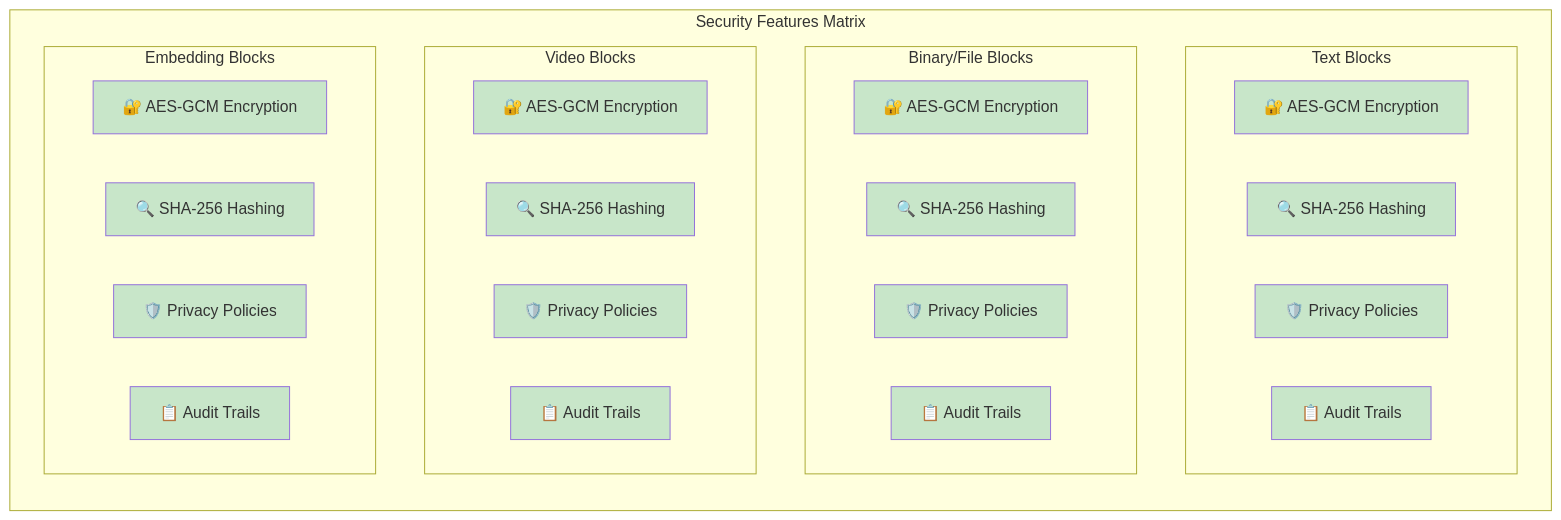
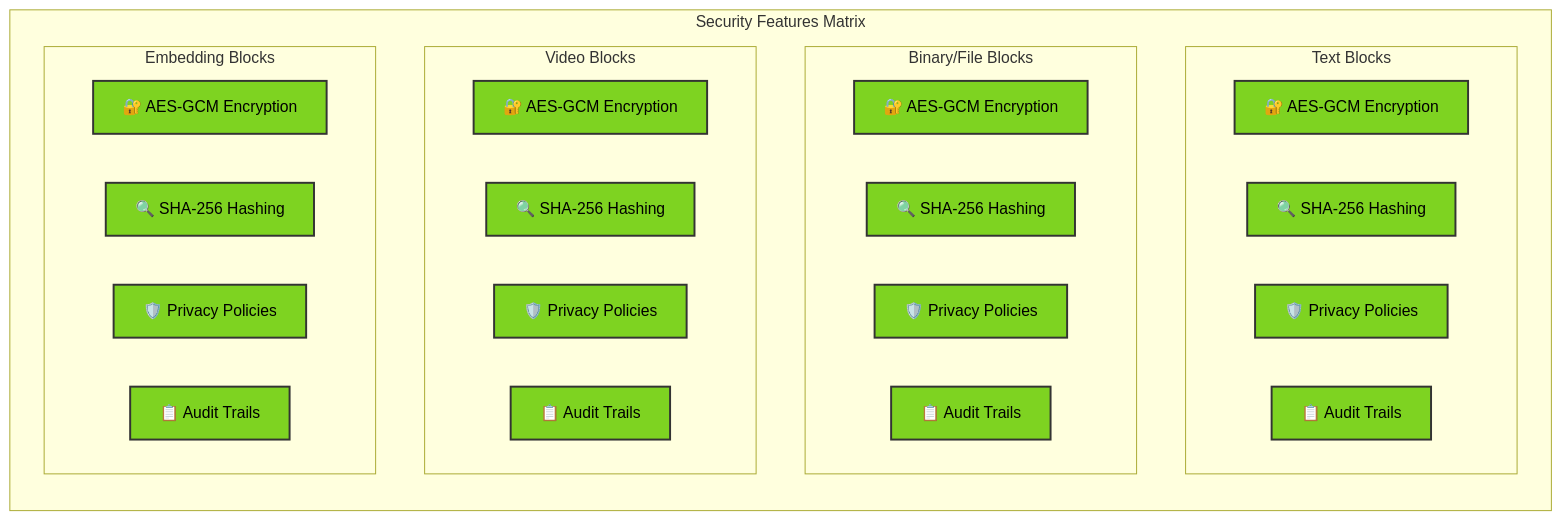
Before and after one commit to mbhatt1/maifscratch: the eighth of 24 diagrams in SECURITY_SPECIFICATION.md, drawn with Mermaid. The commit also changed other lines of this file, not shown here.

````diff
--- a/SECURITY_SPECIFICATION.md
+++ b/SECURITY_SPECIFICATION.md
@@ -406,49 +406,49 @@
 ```mermaid
 graph LR
     subgraph "Security Features Matrix"
         subgraph "Text Blocks"
             T1[🔐 AES-GCM Encryption]
             T2[🔍 SHA-256 Hashing]
             T3[🛡️ Privacy Policies]
             T4[📋 Audit Trails]
         end
         
         subgraph "Binary/File Blocks"
             B1[🔐 AES-GCM Encryption]
             B2[🔍 SHA-256 Hashing]
             B3[🛡️ Privacy Policies]
             B4[📋 Audit Trails]
         end
         
         subgraph "Video Blocks"
             V1[🔐 AES-GCM Encryption]
             V2[🔍 SHA-256 Hashing]
             V3[🛡️ Privacy Policies]
             V4[📋 Audit Trails]
         end
         
         subgraph "Embedding Blocks"
             E1[🔐 AES-GCM Encryption]
             E2[🔍 SHA-256 Hashing]
             E3[🛡️ Privacy Policies]
             E4[📋 Audit Trails]
         end
     end
     
-    style T1 fill:#c8e6c9
-    style T2 fill:#c8e6c9
-    style T3 fill:#c8e6c9
-    style T4 fill:#c8e6c9
-    style B1 fill:#c8e6c9
-    style B2 fill:#c8e6c9
-    style B3 fill:#c8e6c9
-    style B4 fill:#c8e6c9
-    style V1 fill:#c8e6c9
-    style V2 fill:#c8e6c9
-    style V3 fill:#c8e6c9
-    style V4 fill:#c8e6c9
-    style E1 fill:#c8e6c9
-    style E2 fill:#c8e6c9
-    style E3 fill:#c8e6c9
-    style E4 fill:#c8e6c9
+    style T1 fill:#7ED321,stroke:#333,stroke-width:2px,color:#000
+    style T2 fill:#7ED321,stroke:#333,stroke-width:2px,color:#000
+    style T3 fill:#7ED321,stroke:#333,stroke-width:2px,color:#000
+    style T4 fill:#7ED321,stroke:#333,stroke-width:2px,color:#000
+    style B1 fill:#7ED321,stroke:#333,stroke-width:2px,color:#000
+    style B2 fill:#7ED321,stroke:#333,stroke-width:2px,color:#000
+    style B3 fill:#7ED321,stroke:#333,stroke-width:2px,color:#000
+    style B4 fill:#7ED321,stroke:#333,stroke-width:2px,color:#000
+    style V1 fill:#7ED321,stroke:#333,stroke-width:2px,color:#000
+    style V2 fill:#7ED321,stroke:#333,stroke-width:2px,color:#000
+    style V3 fill:#7ED321,stroke:#333,stroke-width:2px,color:#000
+    style V4 fill:#7ED321,stroke:#333,stroke-width:2px,color:#000
+    style E1 fill:#7ED321,stroke:#333,stroke-width:2px,color:#000
+    style E2 fill:#7ED321,stroke:#333,stroke-width:2px,color:#000
+    style E3 fill:#7ED321,stroke:#333,stroke-width:2px,color:#000
+    style E4 fill:#7ED321,stroke:#333,stroke-width:2px,color:#000
 ```
````
